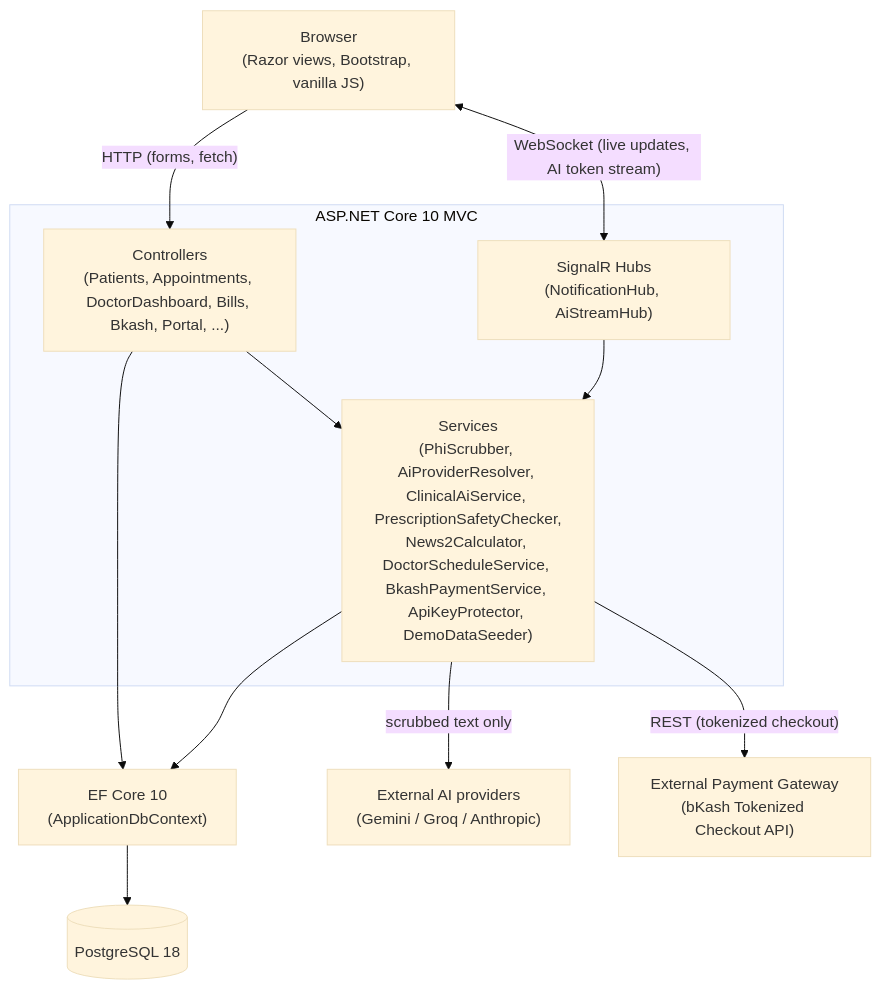
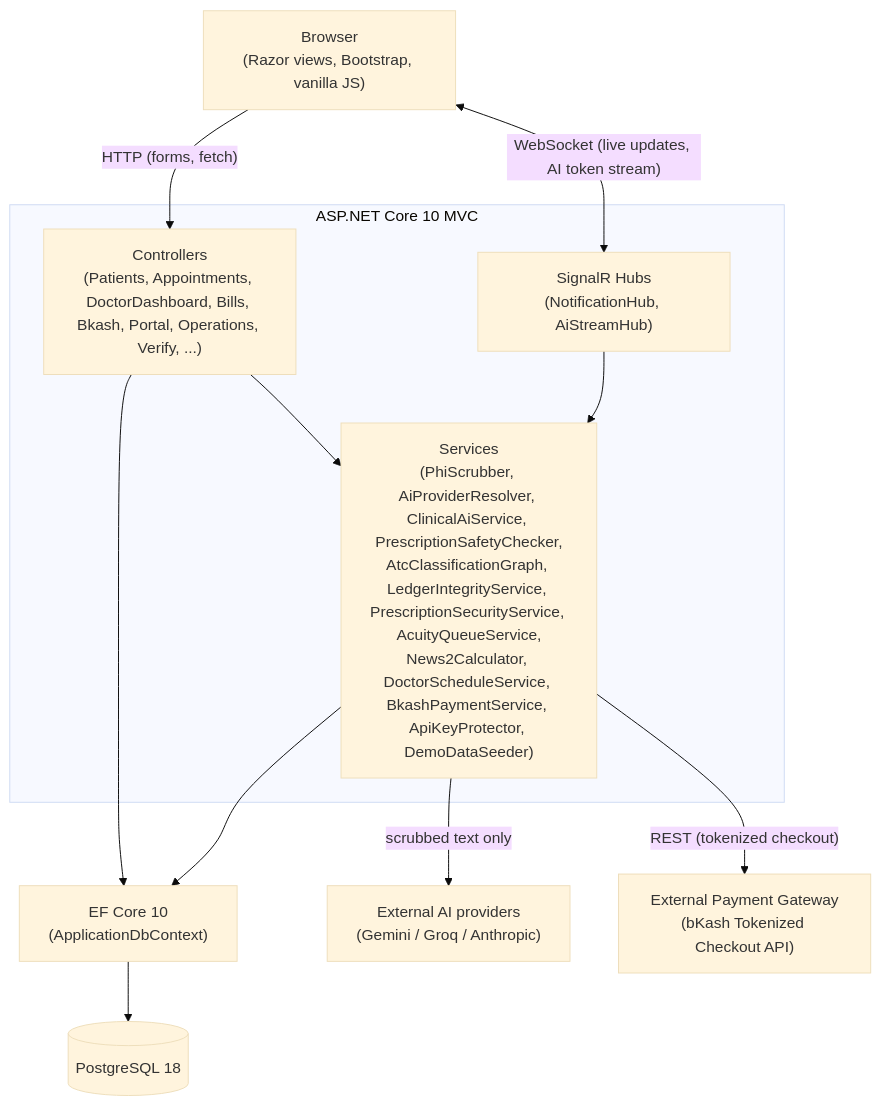
One commit to nafi103/Hospital-Management-System changed the first of 4 diagrams in docs/ARCHITECTURE.md. Above: the diagram before and after it, drawn with Mermaid (base theme). The commit also changed other lines of this file and 43 other files, not shown here.

Commit message:
feat: add acuity-based triage queue, cryptographic prescription verification, ledger integrity, and surgical operation management modules

````diff
--- a/docs/ARCHITECTURE.md
+++ b/docs/ARCHITECTURE.md
@@ -7,26 +7,26 @@
 ```mermaid
 flowchart TB
     Browser["Browser<br/>(Razor views, Bootstrap, vanilla JS)"]
 
     subgraph App["ASP.NET Core 10 MVC"]
-        Controllers["Controllers<br/>(Patients, Appointments, DoctorDashboard, Bills, Bkash, Portal, ...)"]
-        Services["Services<br/>(PhiScrubber, AiProviderResolver, ClinicalAiService, PrescriptionSafetyChecker,<br/>News2Calculator, DoctorScheduleService, BkashPaymentService, ApiKeyProtector, DemoDataSeeder)"]
+        Controllers["Controllers<br/>(Patients, Appointments, DoctorDashboard, Bills, Bkash, Portal, Operations, Verify, ...)"]
+        Services["Services<br/>(PhiScrubber, AiProviderResolver, ClinicalAiService, PrescriptionSafetyChecker,<br/>AtcClassificationGraph, LedgerIntegrityService, PrescriptionSecurityService, AcuityQueueService,<br/>News2Calculator, DoctorScheduleService, BkashPaymentService, ApiKeyProtector, DemoDataSeeder)"]
         Hubs["SignalR Hubs<br/>(NotificationHub, AiStreamHub)"]
     end
 
     EFCore["EF Core 10<br/>(ApplicationDbContext)"]
     DB[("PostgreSQL 18")]
 
     AiProviders["External AI providers<br/>(Gemini / Groq / Anthropic)"]
     BkashGateway["External Payment Gateway<br/>(bKash Tokenized Checkout API)"]
 
     Browser -- "HTTP (forms, fetch)" --> Controllers
     Browser <-- "WebSocket (live updates, AI token stream)" --> Hubs
     Controllers --> Services
     Controllers --> EFCore
     Services --> EFCore
     Hubs --> Services
     EFCore --> DB
     Services -- "scrubbed text only" --> AiProviders
     Services -- "REST (tokenized checkout)" --> BkashGateway
 ```
````
